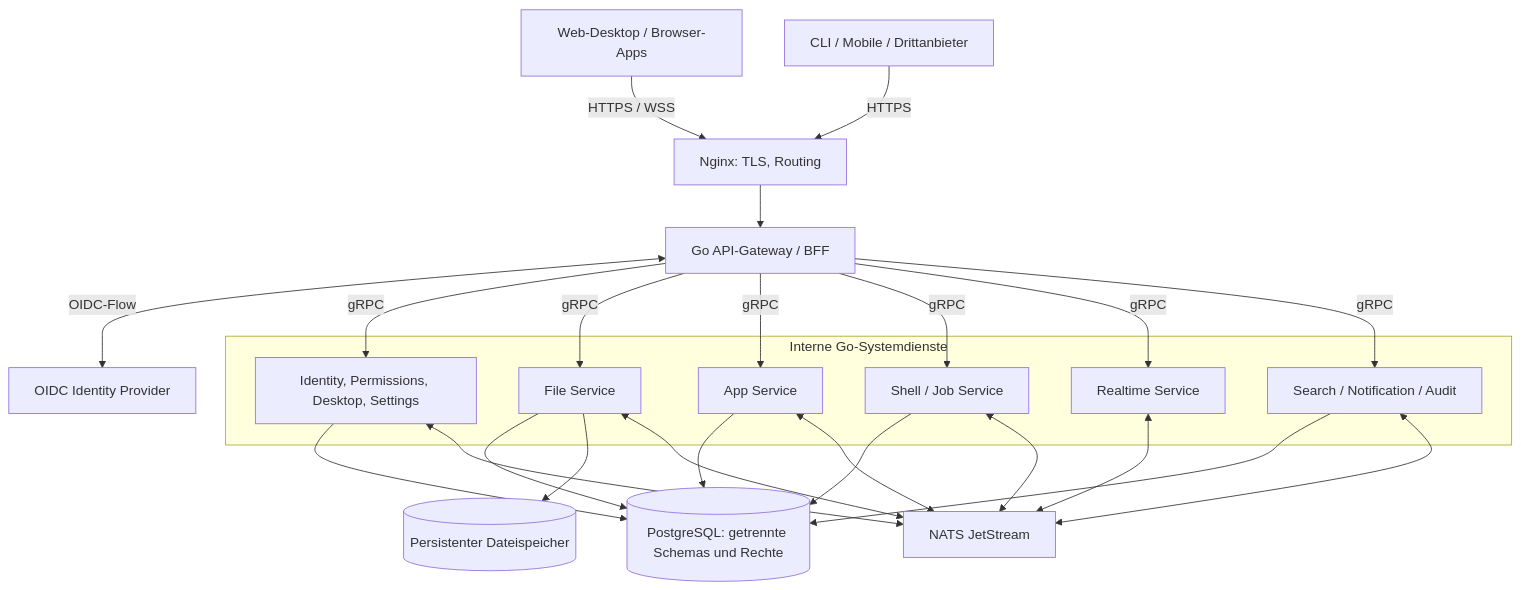
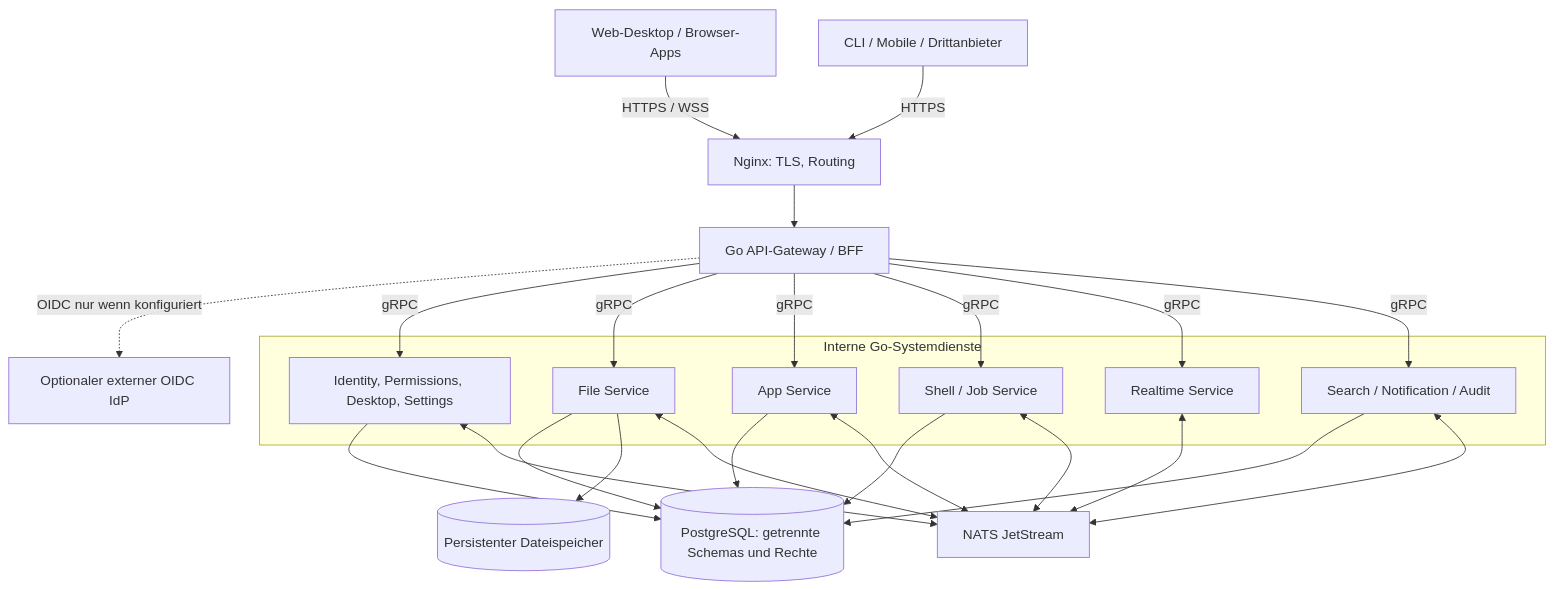
One commit to Drezael/cloudOS changed the diagram in docs/CONCEPT.md. Above: the diagram before and after it, drawn with Mermaid. The commit also changed other lines of this file and 7 other files, not shown here.

````diff
--- a/docs/CONCEPT.md
+++ b/docs/CONCEPT.md
@@ -95,45 +97,45 @@
 ```mermaid
 flowchart TB
     Browser["Web-Desktop / Browser-Apps"]
     Other["CLI / Mobile / Drittanbieter"]
     Edge["Nginx: TLS, Routing"]
     Gateway["Go API-Gateway / BFF"]
-    OIDC["OIDC Identity Provider"]
+    OIDC["Optionaler externer OIDC IdP"]
 
     subgraph Backend["Interne Go-Systemdienste"]
         Core["Identity, Permissions, Desktop, Settings"]
         Files["File Service"]
         Apps["App Service"]
         Shell["Shell / Job Service"]
         Realtime["Realtime Service"]
         Search["Search / Notification / Audit"]
     end
 
     Bus["NATS JetStream"]
     DB[("PostgreSQL: getrennte Schemas und Rechte")]
     Storage[("Persistenter Dateispeicher")]
 
     Browser -->|HTTPS / WSS| Edge
     Other -->|HTTPS| Edge
     Edge --> Gateway
-    Gateway <-->|OIDC-Flow| OIDC
+    Gateway -.->|OIDC nur wenn konfiguriert| OIDC
     Gateway -->|gRPC| Core
     Gateway -->|gRPC| Files
     Gateway -->|gRPC| Apps
     Gateway -->|gRPC| Shell
     Gateway -->|gRPC| Realtime
     Gateway -->|gRPC| Search
 
     Core --> DB
     Files --> DB
     Apps --> DB
     Shell --> DB
     Search --> DB
     Files --> Storage
     Core <--> Bus
     Files <--> Bus
     Apps <--> Bus
     Shell <--> Bus
     Realtime <--> Bus
     Search <--> Bus
 ```
````
